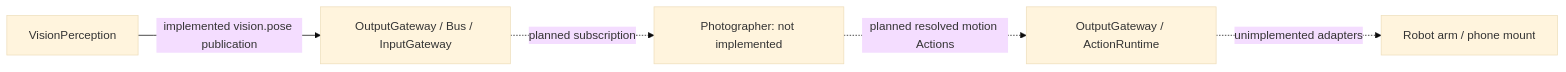
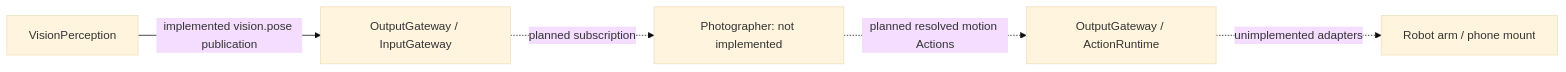
Before and after one commit to devilyouwei/MobileHarness: the diagram in MobileHarness/Agents/Photographer/README.md, drawn with Mermaid (base theme). The commit also changed other lines of this file and 40 other files, not shown here.

Commit message:
refactor: replace signal bus with direct gateway admission

````diff
--- a/MobileHarness/Agents/Photographer/README.md
+++ b/MobileHarness/Agents/Photographer/README.md
@@ -15,7 +15,7 @@
 ```mermaid
 flowchart LR
-    Vision[VisionPerception] -->|implemented vision.pose publication| OG[OutputGateway / Bus / InputGateway]
+    Vision[VisionPerception] -->|implemented vision.pose publication| OG[OutputGateway / InputGateway]
     OG -.->|planned subscription| Photographer[Photographer: not implemented]
     Photographer -.->|planned resolved motion Actions| Output[OutputGateway / ActionRuntime]
     Output -.->|unimplemented adapters| Device[Robot arm / phone mount]
 ```
````
